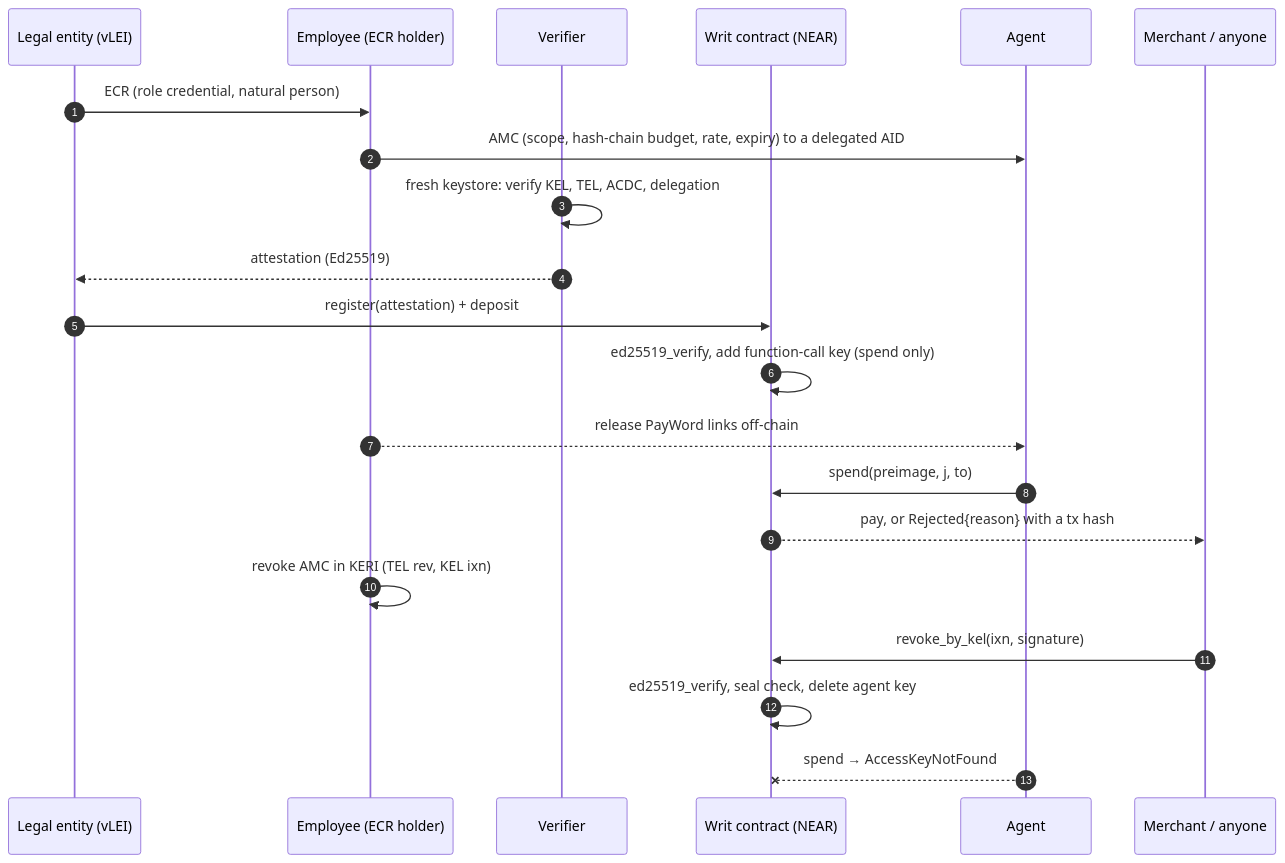
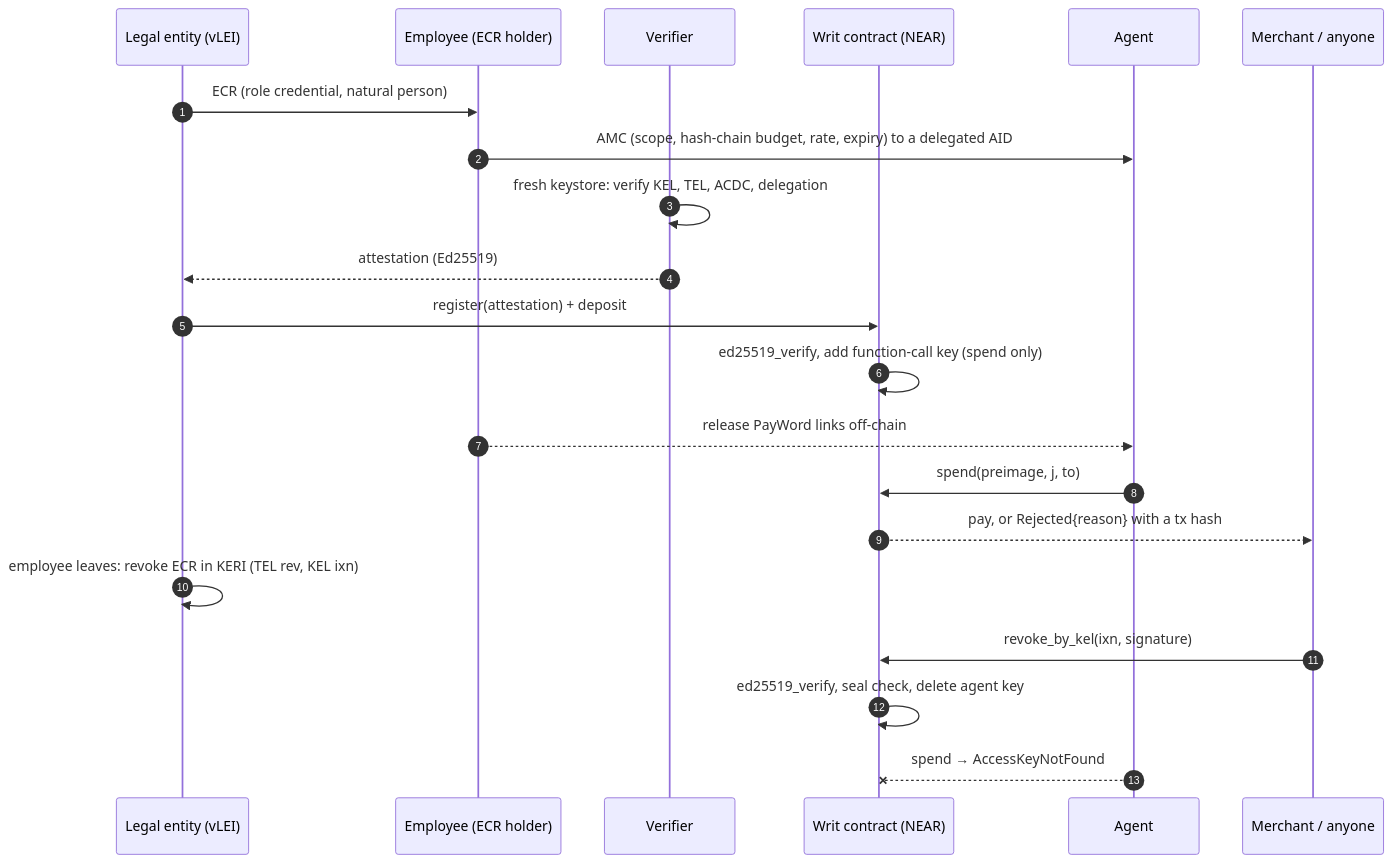
One commit to zuemen/writ changed the diagram in README.md. Above: the diagram before and after it, drawn with Mermaid. The commit also changed other lines of this file and 18 other files, not shown here.

First line of the commit message:
Fix three contract holes found by code review; HR can revoke the ECR

````diff
--- a/README.md
+++ b/README.md
@@ -73,23 +76,23 @@
 ```mermaid
 sequenceDiagram
     autonumber
     participant LE as Legal entity (vLEI)
     participant H as Employee (ECR holder)
     participant V as Verifier
     participant W as Writ contract (NEAR)
     participant A as Agent
     participant M as Merchant / anyone
     LE->>H: ECR (role credential, natural person)
     H->>A: AMC (scope, hash-chain budget, rate, expiry) to a delegated AID
     V->>V: fresh keystore: verify KEL, TEL, ACDC, delegation
     V-->>LE: attestation (Ed25519)
     LE->>W: register(attestation) + deposit
     W->>W: ed25519_verify, add function-call key (spend only)
     H-->>A: release PayWord links off-chain
     A->>W: spend(preimage, j, to)
     W-->>M: pay, or Rejected{reason} with a tx hash
-    H->>H: revoke AMC in KERI (TEL rev, KEL ixn)
+    LE->>LE: employee leaves: revoke ECR in KERI (TEL rev, KEL ixn)
     M->>W: revoke_by_kel(ixn, signature)
     W->>W: ed25519_verify, seal check, delete agent key
     A--xW: spend → AccessKeyNotFound
 ```
````
